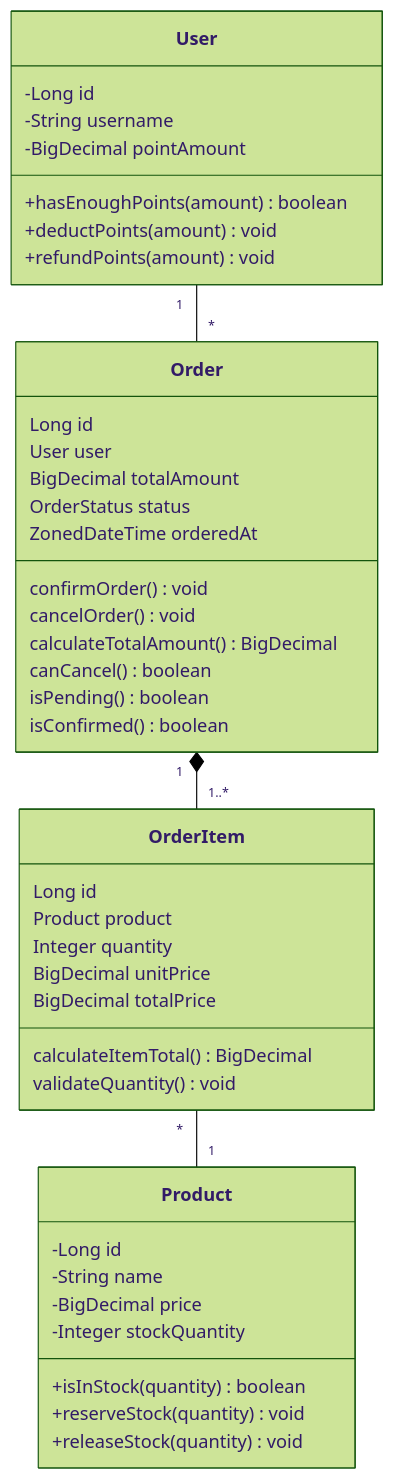
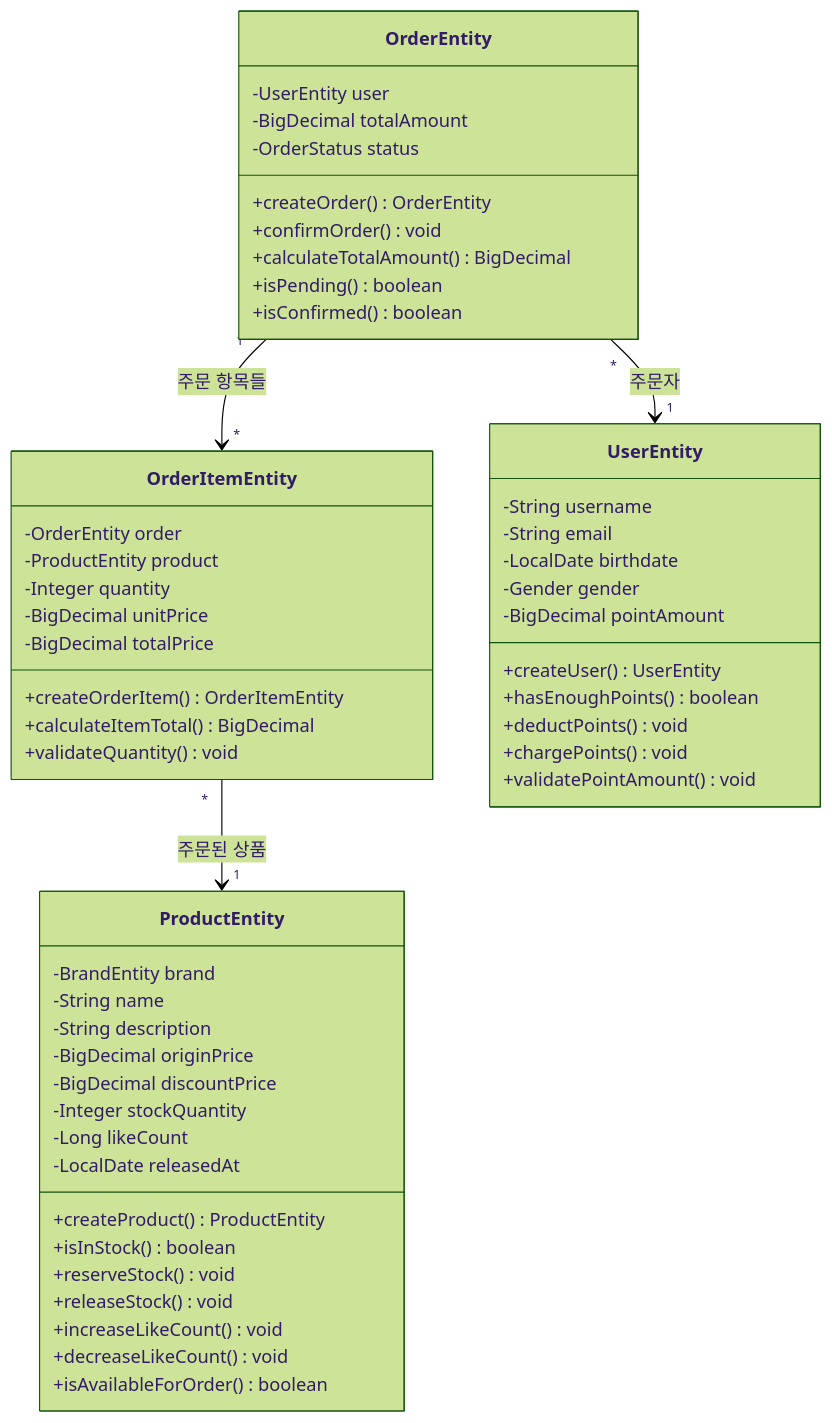
Before and after one commit to hyujikoh/loopers-spring-java-template: the fifth of 5 diagrams in docs/week2/03-class-diagram.md, drawn with Mermaid (forest theme). The commit also changed other lines of this file, not shown here.

First line of the commit message:
docs(class-diagram): 도메인 모델 및 클래스 다이어그램 수정

````diff
--- a/docs/week2/03-class-diagram.md
+++ b/docs/week2/03-class-diagram.md
@@ -131,50 +255,59 @@
 ```mermaid
 classDiagram
-    class User {
-        -Long id
-        -String username
-        -BigDecimal pointAmount
-        +hasEnoughPoints(amount) boolean
-        +deductPoints(amount) void
-        +refundPoints(amount) void
+    class OrderEntity {
+        -UserEntity user
+        -BigDecimal totalAmount
+        -OrderStatus status
+        +createOrder() OrderEntity
+        +confirmOrder() void
+        +calculateTotalAmount() BigDecimal
+        +isPending() boolean
+        +isConfirmed() boolean
     }
 
-    class Product {
-        -Long id
-        -String name
-        -BigDecimal price
-        -Integer stockQuantity
-        +isInStock(quantity) boolean
-        +reserveStock(quantity) void
-        +releaseStock(quantity) void
+    class OrderItemEntity {
+        -OrderEntity order
+        -ProductEntity product
+        -Integer quantity
+        -BigDecimal unitPrice
+        -BigDecimal totalPrice
+        +createOrderItem() OrderItemEntity
+        +calculateItemTotal() BigDecimal
+        +validateQuantity() void
     }
 
-    class Order {
-        Long id
-        User user
-        BigDecimal totalAmount
-        OrderStatus status
-        ZonedDateTime orderedAt
-        
-        confirmOrder() void
-        cancelOrder() void
-        calculateTotalAmount() BigDecimal
-        canCancel() boolean
-        isPending() boolean
-        isConfirmed() boolean
+    class UserEntity {
+        -String username
+        -String email
+        -LocalDate birthdate
+        -Gender gender
+        -BigDecimal pointAmount
+        +createUser() UserEntity
+        +hasEnoughPoints() boolean
+        +deductPoints() void
+        +chargePoints() void
+        +validatePointAmount() void
     }
 
-    class OrderItem {
-        Long id
-        Product product
-        Integer quantity
-        BigDecimal unitPrice
-        BigDecimal totalPrice
-        calculateItemTotal() BigDecimal
-        validateQuantity() void
+    class ProductEntity {
+        -BrandEntity brand
+        -String name
+        -String description
+        -BigDecimal originPrice
+        -BigDecimal discountPrice
+        -Integer stockQuantity
+        -Long likeCount
+        -LocalDate releasedAt
+        +createProduct() ProductEntity
+        +isInStock() boolean
+        +reserveStock() void
+        +releaseStock() void
+        +increaseLikeCount() void
+        +decreaseLikeCount() void
+        +isAvailableForOrder() boolean
     }
 
-    User "1" -- "*" Order
-    Order "1" *-- "1..*" OrderItem
-    OrderItem "*" -- "1" Product
+    OrderEntity "1" --> "*" OrderItemEntity : 주문 항목들
+    OrderEntity "*" --> "1" UserEntity : 주문자
+    OrderItemEntity "*" --> "1" ProductEntity : 주문된 상품
 ```
````
